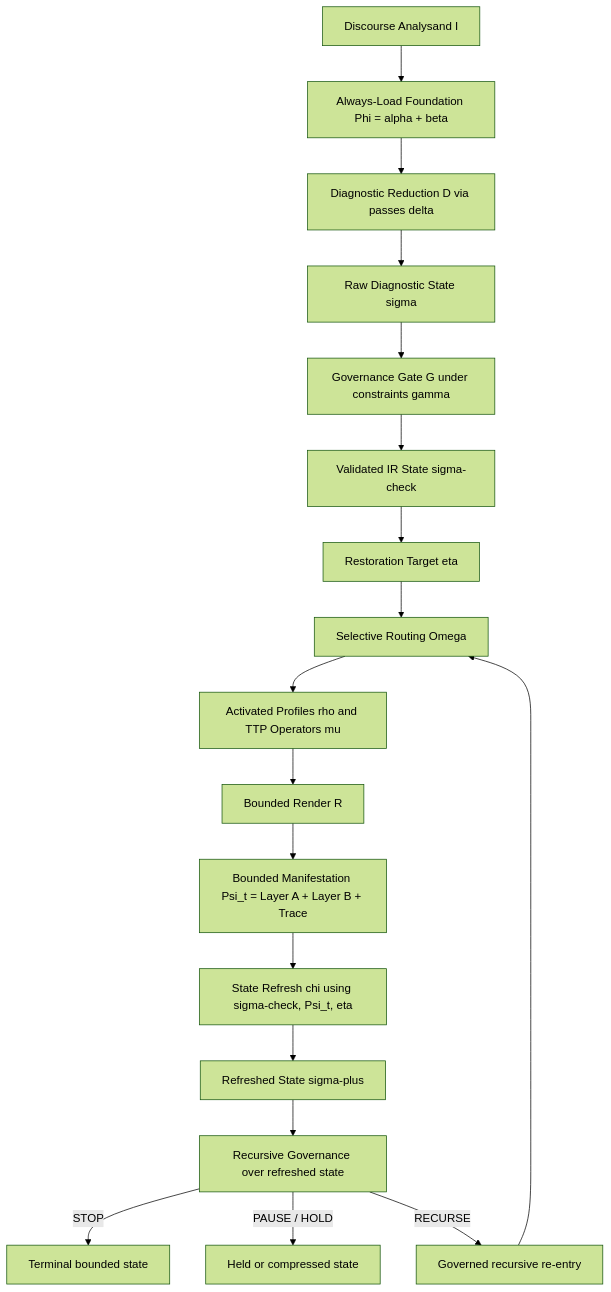
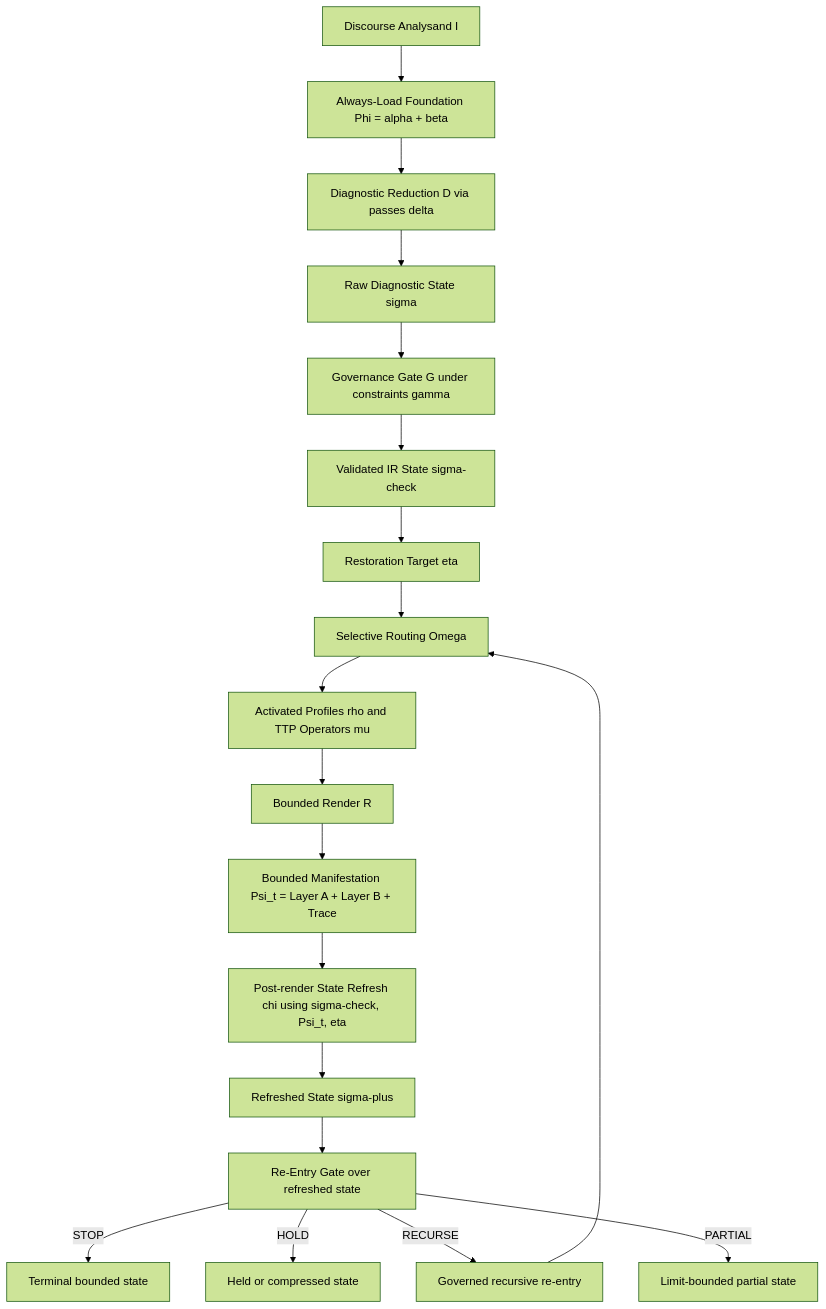
The diagram in skill/references/diagnostics/framework-pipeline.md (theislampill/daee-epistemics), drawn with Mermaid (forest theme) before and after one commit. The commit also changed other lines of this file and 112 other files, not shown here.

````diff
--- a/skill/references/diagnostics/framework-pipeline.md
+++ b/skill/references/diagnostics/framework-pipeline.md
@@ -261,25 +278,26 @@
 ```mermaid
 flowchart TD
     I["Discourse Analysand I"] --> P["Always-Load Foundation Phi = alpha + beta"]
     P --> D["Diagnostic Reduction D via passes delta"]
     D --> S["Raw Diagnostic State sigma"]
 
     S --> G1["Governance Gate G under constraints gamma"]
     G1 --> SV["Validated IR State sigma-check"]
 
     SV --> ETA["Restoration Target eta"]
     ETA --> O["Selective Routing Omega"]
     O --> T["Activated Profiles rho and TTP Operators mu"]
     T --> R["Bounded Render R"]
     R --> PSI["Bounded Manifestation Psi_t = Layer A + Layer B + Trace"]
 
-    PSI --> X["State Refresh chi using sigma-check, Psi_t, eta"]
+    PSI --> X["Post-render State Refresh chi using sigma-check, Psi_t, eta"]
     X --> SN["Refreshed State sigma-plus"]
 
-    SN --> G2["Recursive Governance over refreshed state"]
+    SN --> G2["Re-Entry Gate over refreshed state"]
     G2 -->|STOP| OS["Terminal bounded state"]
-    G2 -->|PAUSE / HOLD| OP["Held or compressed state"]
+    G2 -->|HOLD| OP["Held or compressed state"]
     G2 -->|RECURSE| RE["Governed recursive re-entry"]
+    G2 -->|PARTIAL| PL["Limit-bounded partial state"]
 
     RE --> O
 ```
````
